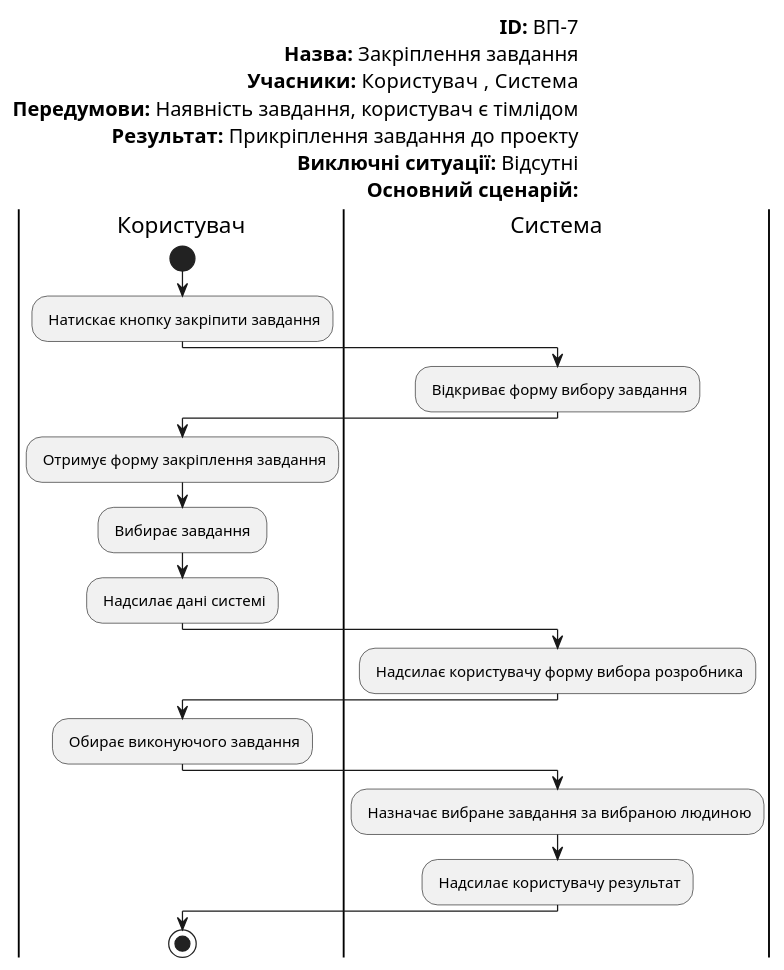
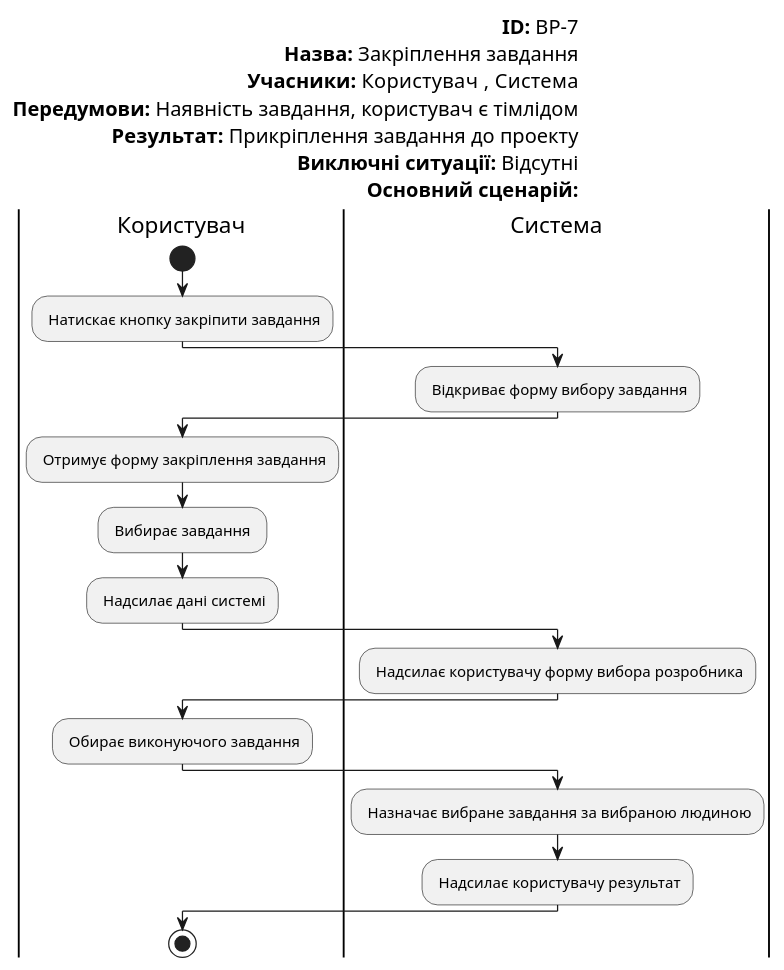
One commit to edu-db/edu_db_labs changed the eighth of 8 diagrams in docs/use cases/README.md. Above: the diagram before and after it, drawn with PlantUML. The commit also changed other lines of this file, not shown here.

```diff
--- a/docs/use cases/README.md
+++ b/docs/use cases/README.md
@@ -427,39 +461,39 @@
 @startuml
 
 left header
-<font color=000 size=16><b>ID:</b> ВП-7
+<font color=000 size=16><b>ID:</b> ВP-7
 <font color=000 size=16><b>Назва:</b> Закріплення завдання
 <font color=000 size=16><b>Учасники:</b> Користувач  , Система
 <font color=000 size=16><b>Передумови:</b> Наявність завдання, користувач є тімлідом
 <font color=000 size=16><b>Результат:</b> Прикріплення завдання до проекту
 <font color=000 size=16><b>Виключні ситуації:</b> Відсутні
 <font color=000 size=16><b>Основний сценарій:</b>
 end header
 
 |Користувач|
     start
     : Натискає кнопку закріпити завдання;
 |Система|
     : Відкриває форму вибору завдання;
 |Користувач|
     : Отримує форму закріплення завдання;
 |Користувач|
     : Вибирає завдання ;
 |Користувач|
     : Надсилає дані системі;
 |Система|   
     : Надсилає користувачу форму вибора розробника;
     
 |Користувач|
     : Обирає виконуючого завдання;
     
 |Система|   
     : Назначає вибране завдання за вибраною людиною;
  
     : Надсилає користувачу результат;
     
   
     
 |Користувач|
     stop;
 @enduml
```
